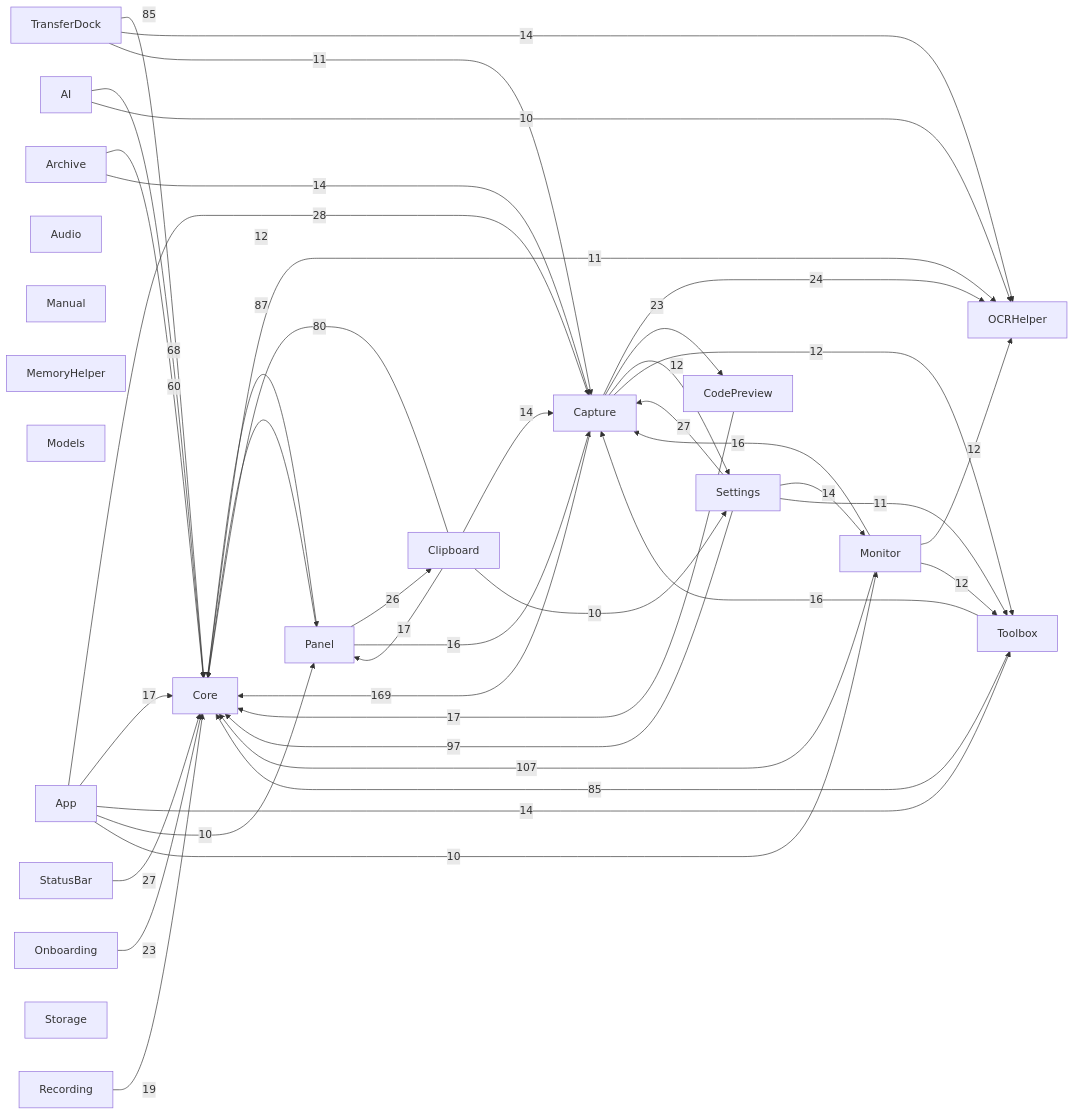
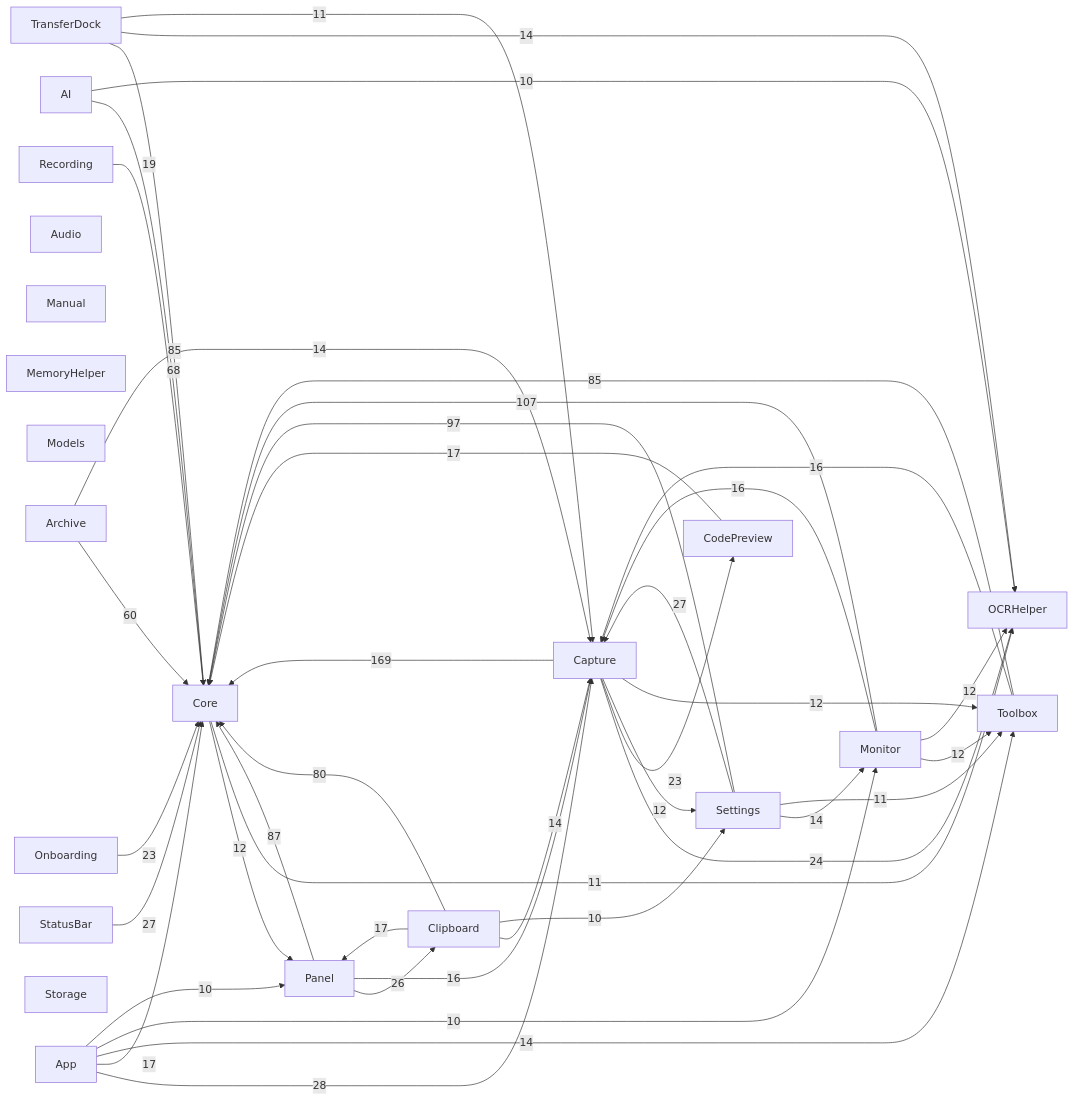
One commit to sxyq/Kitnest changed the diagram in docs/00-总览/模块依赖图.md. Above: the diagram before and after it, drawn with Mermaid. The commit also changed other lines of this file and 1 other file, not shown here.

First line of the commit message:
fix(capture): 放大长截图采集期实时预览卡

````diff
--- a/docs/00-总览/模块依赖图.md
+++ b/docs/00-总览/模块依赖图.md
@@ -35,64 +35,64 @@
 ```mermaid
 flowchart LR
   M0["AI"]
   M1["App"]
   M2["Archive"]
   M3["Audio"]
   M4["Capture"]
   M5["Clipboard"]
   M6["CodePreview"]
   M7["Core"]
   M8["Manual"]
   M9["MemoryHelper"]
   M10["Models"]
   M11["Monitor"]
   M12["OCRHelper"]
   M13["Onboarding"]
   M14["Panel"]
   M15["Recording"]
   M16["Settings"]
   M17["StatusBar"]
   M18["Storage"]
   M19["Toolbox"]
   M20["TransferDock"]
   M4 -->|169| M7
   M11 -->|107| M7
   M16 -->|97| M7
   M14 -->|87| M7
   M19 -->|85| M7
   M20 -->|85| M7
   M5 -->|80| M7
   M0 -->|68| M7
   M2 -->|60| M7
   M1 -->|28| M4
   M16 -->|27| M4
   M17 -->|27| M7
   M14 -->|26| M5
   M4 -->|24| M12
   M4 -->|23| M6
   M13 -->|23| M7
   M15 -->|19| M7
   M1 -->|17| M7
   M6 -->|17| M7
   M5 -->|17| M14
   M11 -->|16| M4
   M14 -->|16| M4
   M19 -->|16| M4
   M1 -->|14| M19
   M16 -->|14| M11
   M2 -->|14| M4
   M20 -->|14| M12
   M5 -->|14| M4
   M7 -->|12| M14
   M4 -->|12| M16
   M4 -->|12| M19
+  M11 -->|12| M19
   M11 -->|12| M12
-  M11 -->|12| M19
   M7 -->|11| M12
   M16 -->|11| M19
   M20 -->|11| M4
+  M1 -->|10| M11
   M1 -->|10| M14
-  M1 -->|10| M11
   M0 -->|10| M12
   M5 -->|10| M16
 ```
````
